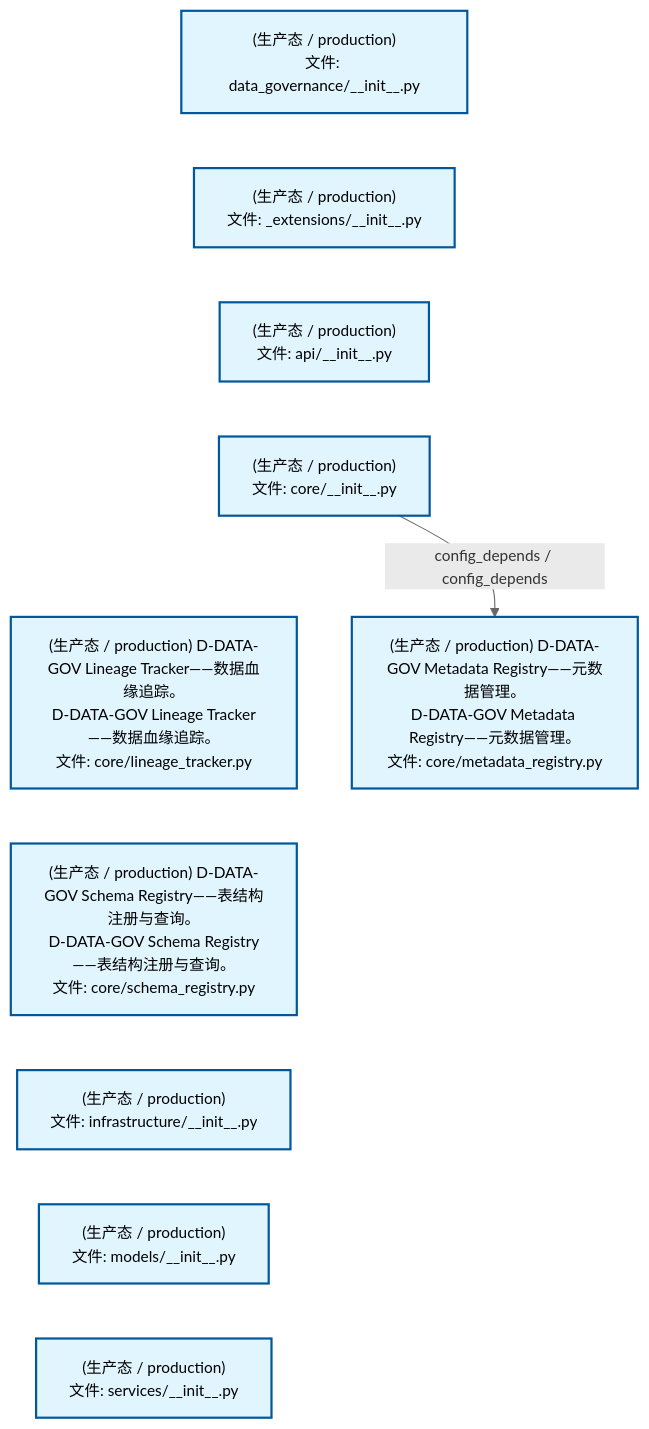
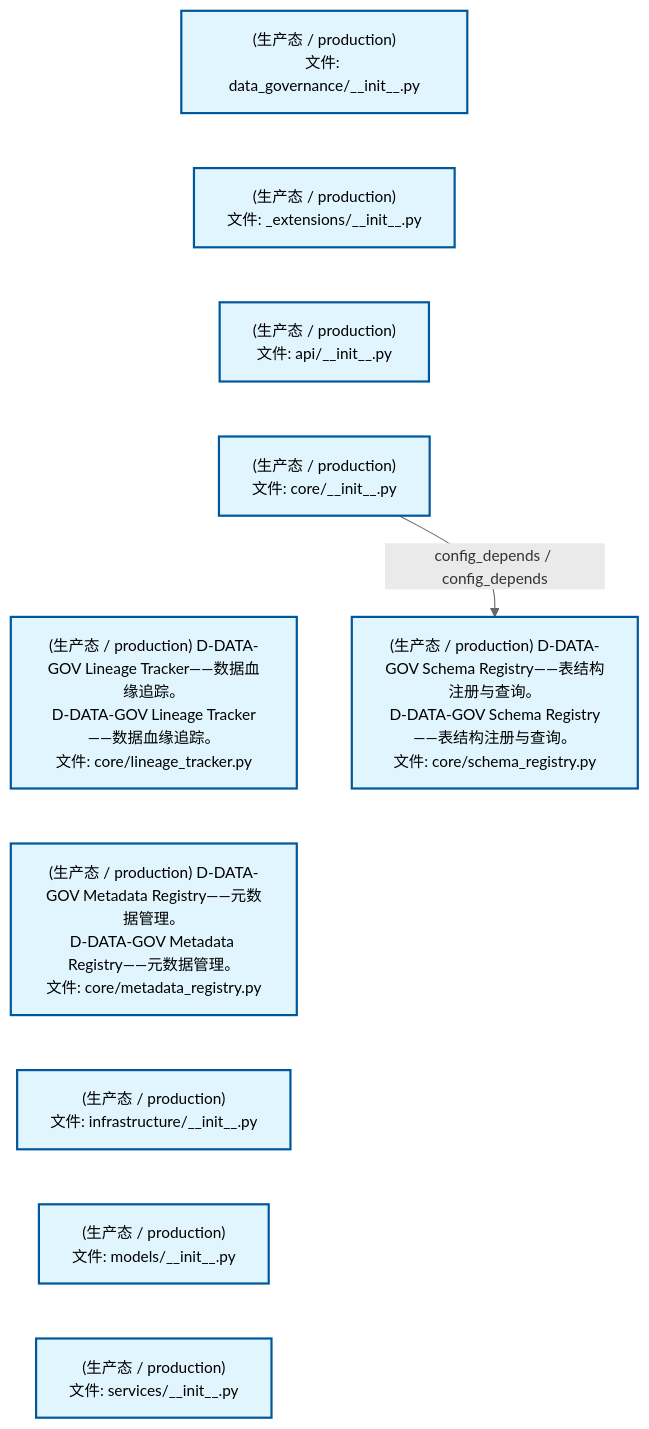
The diagram in docs/02_enterprise_architecture/02_domain_architecture_docs/13_d_data_gov.md (xuanFelixVan/ZephyrAlpha), drawn with Mermaid before and after one commit. The commit also changed other lines of this file and 78 other files, not shown here.

````diff
--- a/docs/02_enterprise_architecture/02_domain_architecture_docs/13_d_data_gov.md
+++ b/docs/02_enterprise_architecture/02_domain_architecture_docs/13_d_data_gov.md
@@ -53,28 +53,28 @@
 ```mermaid
 %%{init: {'theme': 'base', 'themeVariables': {'primaryColor': '#eaeaea', 'primaryTextColor': '#333333', 'primaryBorderColor': '#666666', 'lineColor': '#666666', 'secondaryColor': '#eaeaea', 'tertiaryColor': '#eaeaea', 'fontSize': '14px'}}}%%
 flowchart TD
     src_zephyr_data_governance_init_py["(生产态 / production)<br/>文件: data_governance/__init__.py"]
     src_zephyr_data_governance_extensions_init_py["(生产态 / production)<br/>文件: _extensions/__init__.py"]
     src_zephyr_data_governance_api_init_py["(生产态 / production)<br/>文件: api/__init__.py"]
     src_zephyr_data_governance_core_init_py["(生产态 / production)<br/>文件: core/__init__.py"]
     src_zephyr_data_governance_core_lineage_tracker_py["(生产态 / production) D-DATA-GOV Lineage Tracker——数据血缘追踪。<br/>D-DATA-GOV Lineage Tracker——数据血缘追踪。<br/>文件: core/lineage_tracker.py"]
-    src_zephyr_data_governance_core_schema_registry_py["(生产态 / production) D-DATA-GOV Schema Registry——表结构注册与查询。<br/>D-DATA-GOV Schema Registry——表结构注册与查询。<br/>文件: core/schema_registry.py"]
+    src_zephyr_data_governance_core_metadata_registry_py["(生产态 / production) D-DATA-GOV Metadata Registry——元数据管理。<br/>D-DATA-GOV Metadata Registry——元数据管理。<br/>文件: core/metadata_registry.py"]
     src_zephyr_data_governance_infrastructure_init_py["(生产态 / production)<br/>文件: infrastructure/__init__.py"]
     src_zephyr_data_governance_models_init_py["(生产态 / production)<br/>文件: models/__init__.py"]
     src_zephyr_data_governance_services_init_py["(生产态 / production)<br/>文件: services/__init__.py"]
     src_zephyr_data_governance_init_py ~~~ src_zephyr_data_governance_extensions_init_py
     src_zephyr_data_governance_extensions_init_py ~~~ src_zephyr_data_governance_api_init_py
     src_zephyr_data_governance_api_init_py ~~~ src_zephyr_data_governance_core_init_py
     src_zephyr_data_governance_core_init_py ~~~ src_zephyr_data_governance_core_lineage_tracker_py
-    src_zephyr_data_governance_core_lineage_tracker_py ~~~ src_zephyr_data_governance_core_schema_registry_py
-    src_zephyr_data_governance_core_schema_registry_py ~~~ src_zephyr_data_governance_infrastructure_init_py
+    src_zephyr_data_governance_core_lineage_tracker_py ~~~ src_zephyr_data_governance_core_metadata_registry_py
+    src_zephyr_data_governance_core_metadata_registry_py ~~~ src_zephyr_data_governance_infrastructure_init_py
     src_zephyr_data_governance_infrastructure_init_py ~~~ src_zephyr_data_governance_models_init_py
     src_zephyr_data_governance_models_init_py ~~~ src_zephyr_data_governance_services_init_py
-    src_zephyr_data_governance_core_metadata_registry_py["(生产态 / production) D-DATA-GOV Metadata Registry——元数据管理。<br/>D-DATA-GOV Metadata Registry——元数据管理。<br/>文件: core/metadata_registry.py"]
-    src_zephyr_data_governance_core_init_py -->|config_depends / config_depends| src_zephyr_data_governance_core_metadata_registry_py
+    src_zephyr_data_governance_core_schema_registry_py["(生产态 / production) D-DATA-GOV Schema Registry——表结构注册与查询。<br/>D-DATA-GOV Schema Registry——表结构注册与查询。<br/>文件: core/schema_registry.py"]
+    src_zephyr_data_governance_core_init_py -->|config_depends / config_depends| src_zephyr_data_governance_core_schema_registry_py
     classDef production fill:#e1f5fe,stroke:#01579b,stroke-width:2px,color:#000
     classDef design fill:#fff3e0,stroke:#e65100,stroke-width:2px,color:#000,stroke-dasharray: 5 5
     classDef external_prod fill:#e8f4fd,stroke:#0277bd,stroke-width:1px,color:#000
     classDef external_design fill:#fff8e7,stroke:#ef6c00,stroke-width:1px,color:#000,stroke-dasharray: 5 5
     class src_zephyr_data_governance_init_py,src_zephyr_data_governance_extensions_init_py,src_zephyr_data_governance_api_init_py,src_zephyr_data_governance_core_init_py,src_zephyr_data_governance_core_lineage_tracker_py,src_zephyr_data_governance_core_metadata_registry_py,src_zephyr_data_governance_core_schema_registry_py,src_zephyr_data_governance_infrastructure_init_py,src_zephyr_data_governance_models_init_py,src_zephyr_data_governance_services_init_py production
 ```
````
